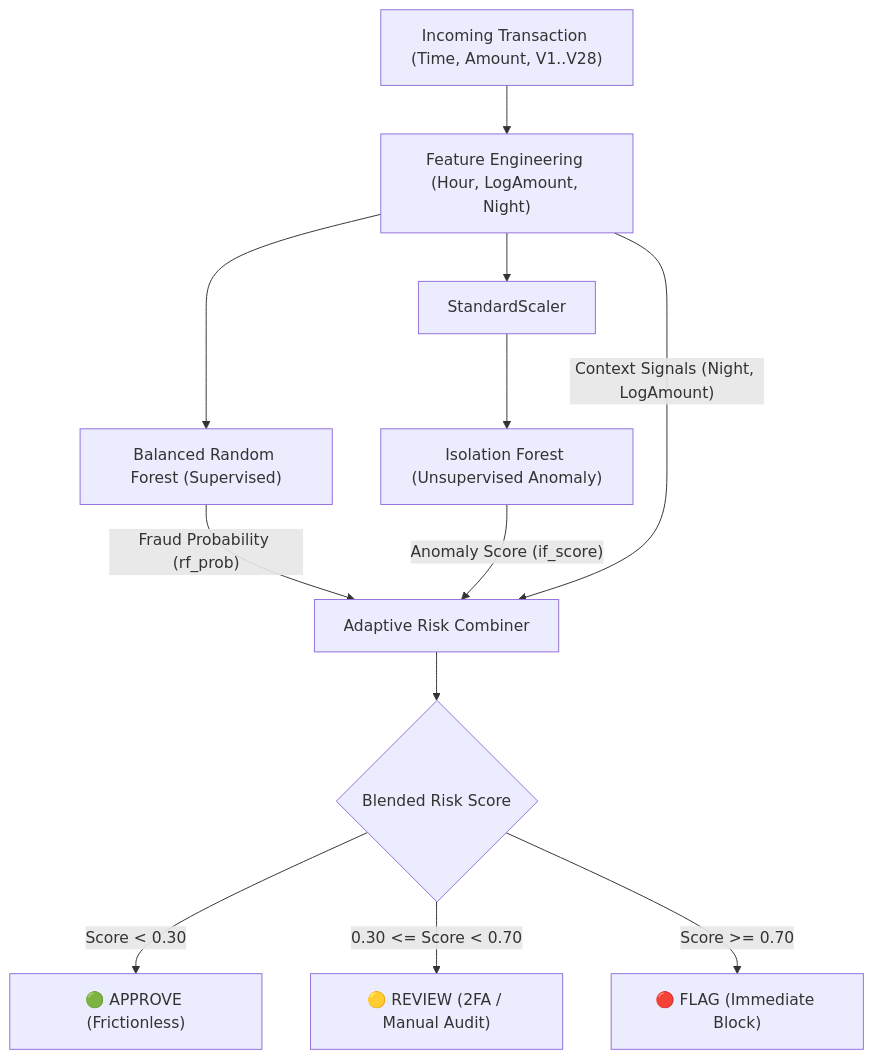
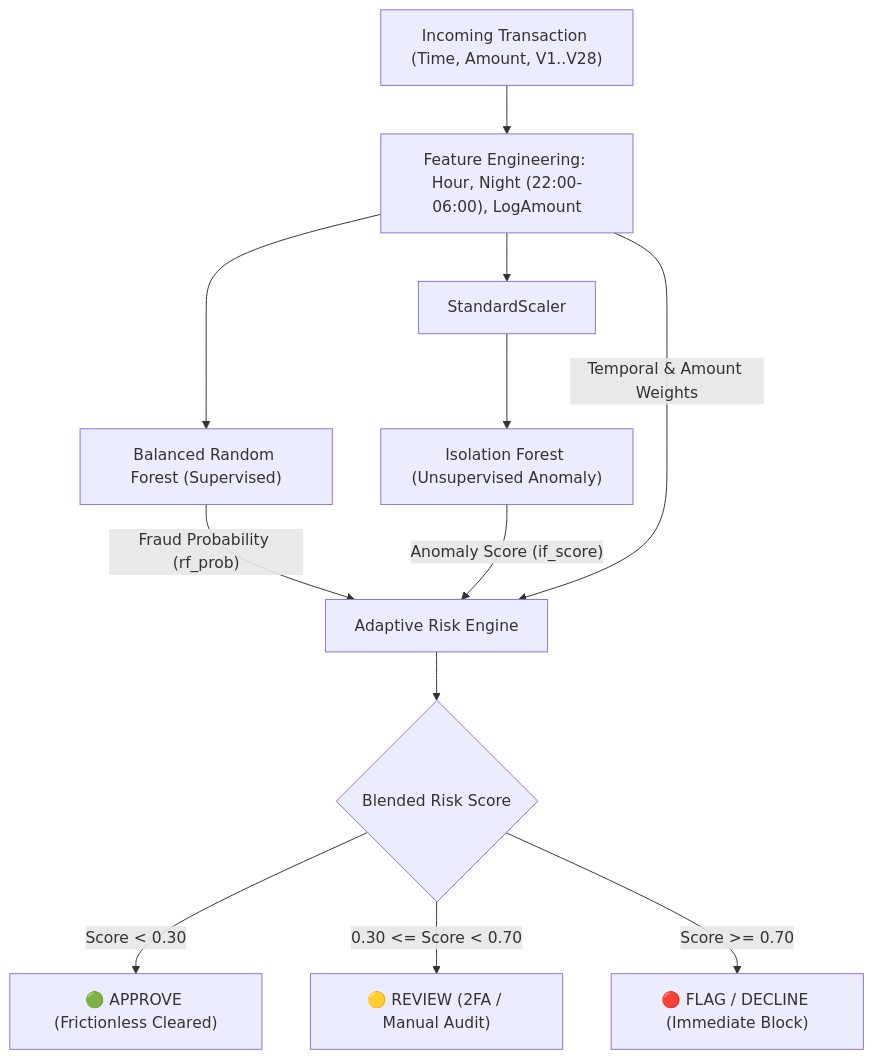
The diagram in README.md (shreyajayaraman26-alt/credit-card-dectection-n-risk-analysis09), drawn with Mermaid before and after one commit. The commit also changed other lines of this file, not shown here.

Commit message:
Update README.md with comprehensive architecture, model metrics, and quickstart guide

````diff
--- a/README.md
+++ b/README.md
@@ -26,16 +33,16 @@
 ```mermaid
 flowchart TD
-    A["Incoming Transaction (Time, Amount, V1..V28)"] --> B["Feature Engineering (Hour, LogAmount, Night)"]
-    B --> C["StandardScaler"]
-    B --> D["Balanced Random Forest (Supervised)"]
-    C --> E["Isolation Forest (Unsupervised Anomaly)"]
+    TX["Incoming Transaction (Time, Amount, V1..V28)"] --> FE["Feature Engineering: Hour, Night (22:00-06:00), LogAmount"]
+    FE --> SS["StandardScaler"]
+    FE --> RF["Balanced Random Forest (Supervised)"]
+    SS --> IF["Isolation Forest (Unsupervised Anomaly)"]
     
-    D -->|"Fraud Probability (rf_prob)"| F["Adaptive Risk Combiner"]
-    E -->|"Anomaly Score (if_score)"| F
-    B -->|"Context Signals (Night, LogAmount)"| F
+    RF -->|"Fraud Probability (rf_prob)"| COMBINER["Adaptive Risk Engine"]
+    IF -->|"Anomaly Score (if_score)"| COMBINER
+    FE -->|"Temporal & Amount Weights"| COMBINER
     
-    F --> G{"Blended Risk Score"}
-    G -->|"Score < 0.30"| H["🟢 APPROVE (Frictionless)"]
-    G -->|"0.30 <= Score < 0.70"| I["🟡 REVIEW (2FA / Manual Audit)"]
-    G -->|"Score >= 0.70"| J["🔴 FLAG (Immediate Block)"]
+    COMBINER --> DECISION{"Blended Risk Score"}
+    DECISION -->|"Score < 0.30"| APP["🟢 APPROVE (Frictionless Cleared)"]
+    DECISION -->|"0.30 <= Score < 0.70"| REV["🟡 REVIEW (2FA / Manual Audit)"]
+    DECISION -->|"Score >= 0.70"| FLG["🔴 FLAG / DECLINE (Immediate Block)"]
 ```
````
